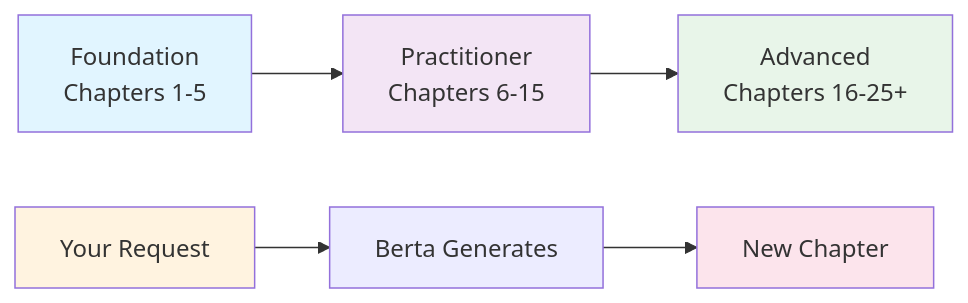
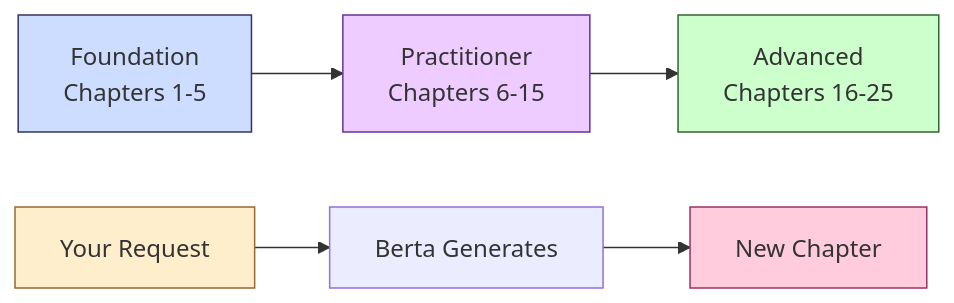
One commit to luigipascal/berta-chapters changed the diagram in docs/index.md. Above: the diagram before and after it, drawn with Mermaid. The commit also changed other lines of this file and 5 other files, not shown here.

````diff
--- a/docs/index.md
+++ b/docs/index.md
@@ -77,12 +99,12 @@
 ```mermaid
 graph LR
     A["Foundation<br/>Chapters 1-5"] --> B["Practitioner<br/>Chapters 6-15"]
-    B --> C["Advanced<br/>Chapters 16-25+"]
+    B --> C["Advanced<br/>Chapters 16-25"]
     D["Your Request"] --> E["Berta Generates"]
     E --> F["New Chapter"]
-    style A fill:#e1f5ff
-    style B fill:#f3e5f5
-    style C fill:#e8f5e9
-    style D fill:#fff3e0
-    style F fill:#fce4ec
+    style A fill:#ccddff,stroke:#336
+    style B fill:#eeccff,stroke:#639
+    style C fill:#ccffcc,stroke:#363
+    style D fill:#ffeecc,stroke:#963
+    style F fill:#ffccdd,stroke:#936
 ```
````
